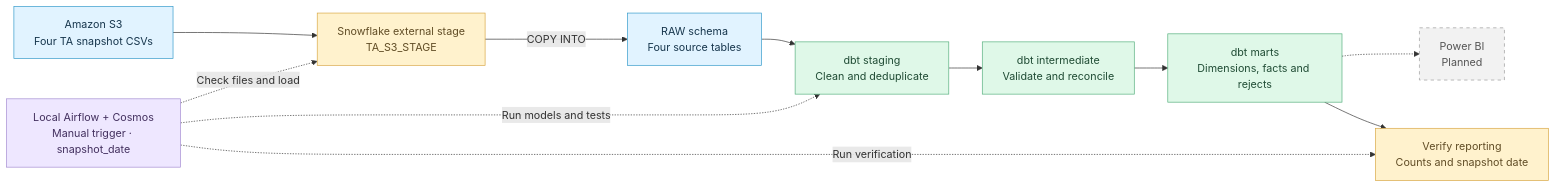
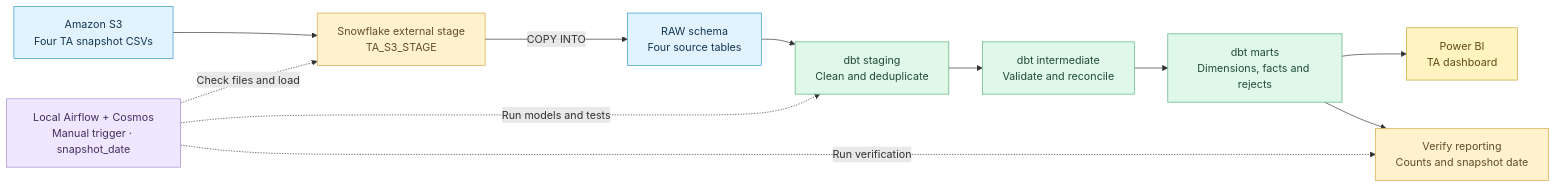
The first of 3 diagrams in README.md (nigelng8732/ta-data-pipeline), drawn with Mermaid before and after one commit. The commit also changed other lines of this file, not shown here.

Commit message:
Document PowerBI report and update architecture

````diff
--- a/README.md
+++ b/README.md
@@ -24,31 +26,31 @@
 ```mermaid
 flowchart LR
     S3["Amazon S3<br/>Four TA snapshot CSVs"]
     EXT["Snowflake external stage<br/>TA_S3_STAGE"]
     RAW["RAW schema<br/>Four source tables"]
     STG["dbt staging<br/>Clean and deduplicate"]
     INT["dbt intermediate<br/>Validate and reconcile"]
     MART["dbt marts<br/>Dimensions, facts and rejects"]
-    BI["Power BI<br/>Planned"]
+    BI["Power BI<br/>TA dashboard"]
     AIR["Local Airflow + Cosmos<br/>Manual trigger · snapshot_date"]
     CHECK["Verify reporting<br/>Counts and snapshot date"]
 
     S3 --> EXT -->|COPY INTO| RAW
     RAW --> STG --> INT --> MART
-    MART -.-> BI
+    MART --> BI
     AIR -.->|Check files and load| EXT
     AIR -.->|Run models and tests| STG
     MART --> CHECK
     AIR -.->|Run verification| CHECK
 
     classDef source fill:#e1f3ff,stroke:#3199c9,color:#17364d;
     classDef stage fill:#fff2cd,stroke:#d8a642,color:#614d26;
     classDef model fill:#dff8e8,stroke:#54ae7c,color:#204c35;
     classDef control fill:#eee7ff,stroke:#a38bd1,color:#43305f;
-    classDef future fill:#f2f2f2,stroke:#999,color:#555,stroke-dasharray:5 5;
+    classDef reporting fill:#fff4c2,stroke:#c5a332,color:#5c4b16;
     class S3,RAW source;
     class EXT,CHECK stage;
     class STG,INT,MART model;
     class AIR control;
-    class BI future;
+    class BI reporting;
 ```
````
